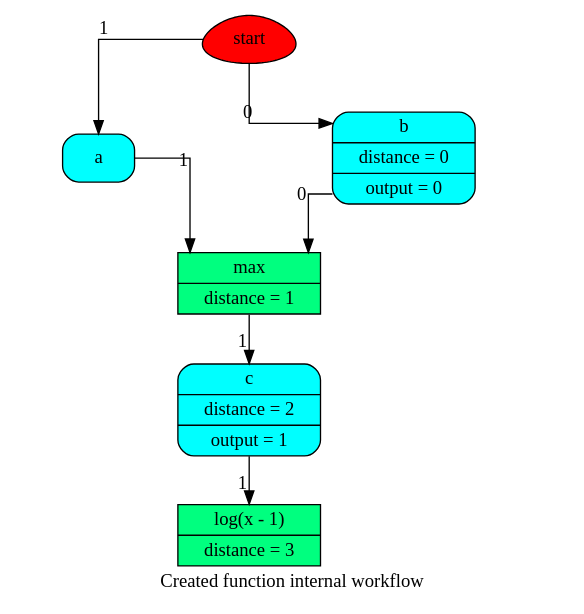
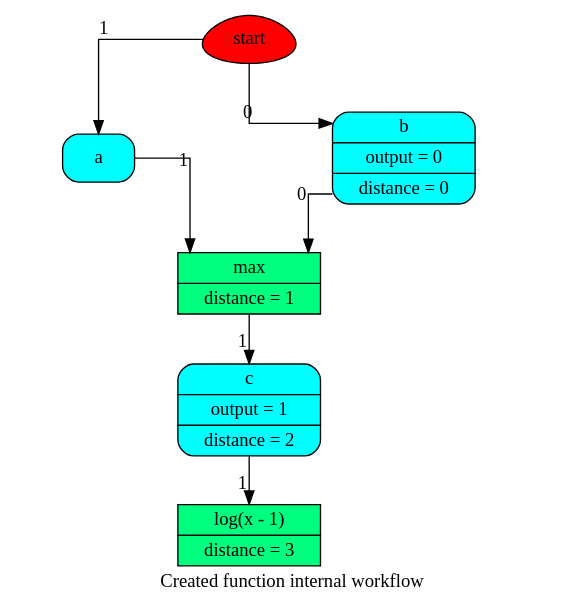
The diagram in doc/source/dispatcher/utils/dsp/SubDispatchFunction_wf2.dot (vinci1it2000/schedula), drawn with Graphviz before and after one commit. The commit also changed 127 other files, not shown here.

```diff
--- a/doc/source/dispatcher/utils/dsp/SubDispatchFunction_wf2.dot
+++ b/doc/source/dispatcher/utils/dsp/SubDispatchFunction_wf2.dot
@@ -1,18 +1,18 @@
 digraph "Created function internal" {
 	graph [ratio=1]
 	node [style=filled]
+	splines = ortho
 	label = "Created function internal workflow"
-	splines = ortho
-		"Created function internal_4373721400" [label=start fillcolor=red shape=egg]
-		"Created function internal_353524919982885525" [label="{ log(x - 1) | distance = 3 }" fillcolor=springgreen shape=record]
-		"Created function internal_-1690875837688140777" [label="{ max | distance = 1 }" fillcolor=springgreen shape=record]
-		"Created function internal_-1739731674132073175" [label="{ c | distance = 2 | output = 1 }" fillcolor=cyan shape=Mrecord]
-		"Created function internal_-8503278920192876870" [label="{ a  }" fillcolor=cyan shape=Mrecord]
-		"Created function internal_-3117625956851900853" [label="{ b | distance = 0 | output = 0 }" fillcolor=cyan shape=Mrecord]
-			"Created function internal_-1690875837688140777" -> "Created function internal_-1739731674132073175" [xlabel=1]
-			"Created function internal_4373721400" -> "Created function internal_-8503278920192876870" [xlabel=1]
-			"Created function internal_4373721400" -> "Created function internal_-3117625956851900853" [xlabel=0]
-			"Created function internal_-1739731674132073175" -> "Created function internal_353524919982885525" [xlabel=1]
-			"Created function internal_-8503278920192876870" -> "Created function internal_-1690875837688140777" [xlabel=1]
-			"Created function internal_-3117625956851900853" -> "Created function internal_-1690875837688140777" [xlabel=0]
+		"Created function internal_4371534136" [label=start fillcolor=red shape=egg]
+		"Created function internal_1674253456152474721" [label="{ a  }" fillcolor=cyan shape=Mrecord]
+		"Created function internal_-5864173744540534603" [label="{ max | distance = 1 }" fillcolor=springgreen shape=record]
+		"Created function internal_4736239098108350630" [label="{ c | output = 1 | distance = 2 }" fillcolor=cyan shape=Mrecord]
+		"Created function internal_5023450082220712552" [label="{ log(x - 1) | distance = 3 }" fillcolor=springgreen shape=record]
+		"Created function internal_-6274141345031817014" [label="{ b | output = 0 | distance = 0 }" fillcolor=cyan shape=Mrecord]
+			"Created function internal_1674253456152474721" -> "Created function internal_-5864173744540534603" [xlabel=1]
+			"Created function internal_-5864173744540534603" -> "Created function internal_4736239098108350630" [xlabel=1]
+			"Created function internal_4736239098108350630" -> "Created function internal_5023450082220712552" [xlabel=1]
+			"Created function internal_4371534136" -> "Created function internal_1674253456152474721" [xlabel=1]
+			"Created function internal_4371534136" -> "Created function internal_-6274141345031817014" [xlabel=0]
+			"Created function internal_-6274141345031817014" -> "Created function internal_-5864173744540534603" [xlabel=0]
 }
```
